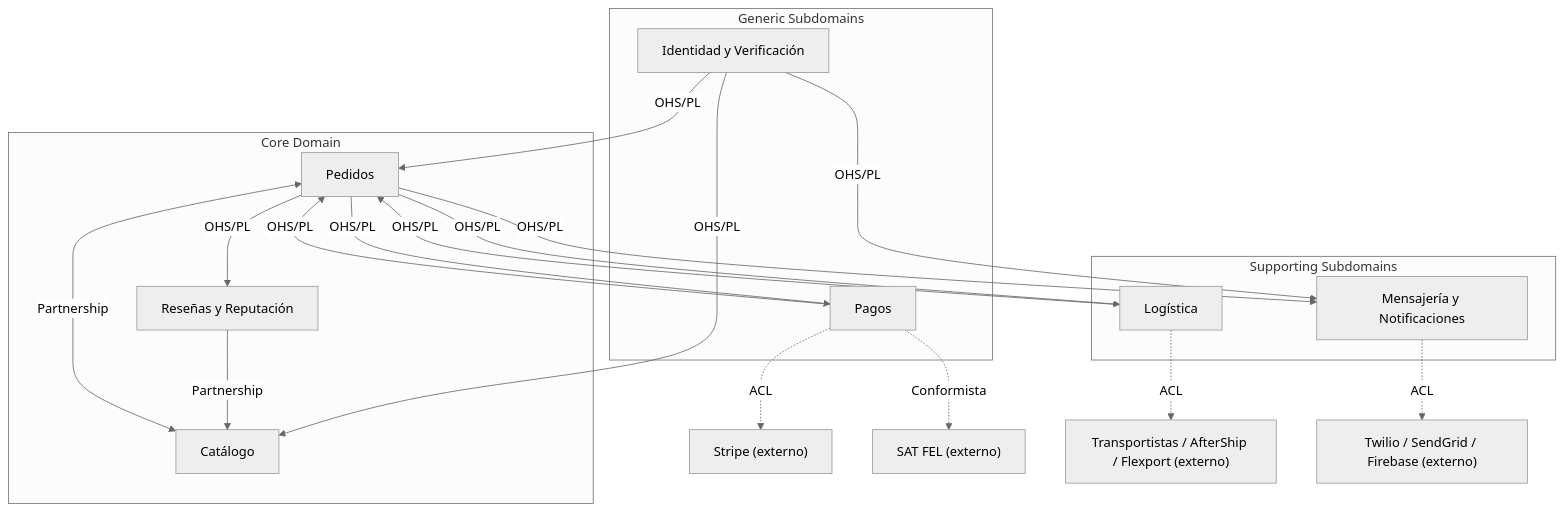
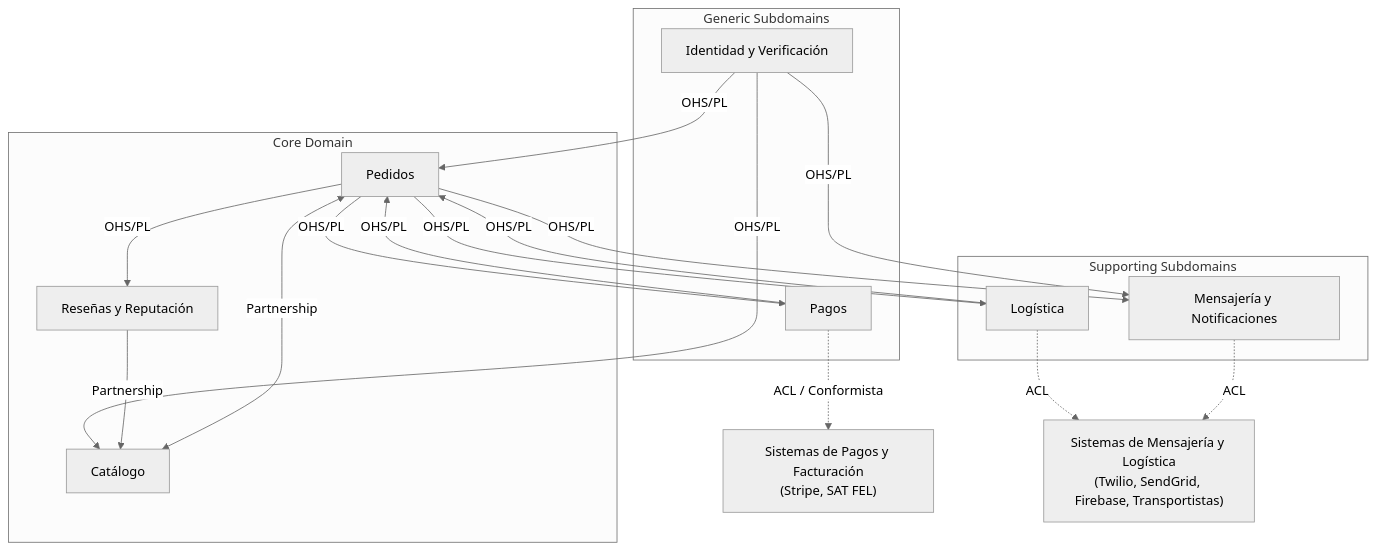
Before and after one commit to Pablokill2004/ISA-ProyectSoftwareArchitecture-Coffee_E-commerce-platform: the diagram in diagrams/02-bounded-context-map.md, drawn with Mermaid (neutral theme). The commit also changed other lines of this file and 1 other file, not shown here.

Commit message:
diagrams-updated

````diff
--- a/diagrams/02-bounded-context-map.md
+++ b/diagrams/02-bounded-context-map.md
@@ -7,50 +11,52 @@
 ```mermaid
 flowchart TB
     %% Agrupaciones por tipo de dominio
     subgraph CoreDomain["Core Domain"]
         Pedidos["Pedidos"]
         Catalogo["Catálogo"]
         Reseñas["Reseñas y Reputación"]
     end
 
     subgraph Supporting["Supporting Subdomains"]
         Logistica["Logística"]
         Mensajeria["Mensajería y Notificaciones"]
     end
 
     subgraph Generic["Generic Subdomains"]
         Identidad["Identidad y Verificación"]
         Pagos["Pagos"]
     end
 
     %% Relaciones internas con patrones de integración
 
     %% Identidad como upstream via OHS/PL
     Identidad -->|"OHS/PL"| Catalogo
     Identidad -->|"OHS/PL"| Pedidos
     Identidad -->|"OHS/PL"| Mensajeria
 
     %% Partnership entre Catálogo y Pedidos
     Catalogo <-->|"Partnership"| Pedidos
 
     %% Pedidos downstream hacia Pagos y Logística (OHS/PL)
     Pedidos -->|"OHS/PL"| Pagos
     Pedidos -->|"OHS/PL"| Logistica
 
     %% Feedback de Pagos y Logística hacia Pedidos (OHS/PL)
     Pagos -->|"OHS/PL"| Pedidos
     Logistica -->|"OHS/PL"| Pedidos
 
     %% Eventos de Pedidos hacia Mensajería y Reseñas
     Pedidos -->|"OHS/PL"| Mensajeria
     Pedidos -->|"OHS/PL"| Reseñas
 
     %% Reseñas influye en Catálogo (Partnership)
     Reseñas -->|"Partnership"| Catalogo
 
-    %% ACLs hacia sistemas externos (nodos genéricos)
-    Pagos -.->|"ACL"| Stripe["Stripe (externo)"]
-    Pagos -.->|"Conformista"| SAT["SAT FEL (externo)"]
-    Logistica -.->|"ACL"| Transportistas["Transportistas / AfterShip / Flexport (externo)"]
-    Mensajeria -.->|"ACL"| Canales["Twilio / SendGrid / Firebase (externo)"]
+    %% Sistemas externos agrupados (menos nodos)
+    ExternalPayments["Sistemas de Pagos y Facturación\n(Stripe, SAT FEL)"]
+    ExternalCommsLog["Sistemas de Mensajería y Logística\n(Twilio, SendGrid, Firebase, Transportistas)"]
+
+    Pagos -.->|"ACL / Conformista"| ExternalPayments
+    Logistica -.->|"ACL"| ExternalCommsLog
+    Mensajeria -.->|"ACL"| ExternalCommsLog
 ```
````
